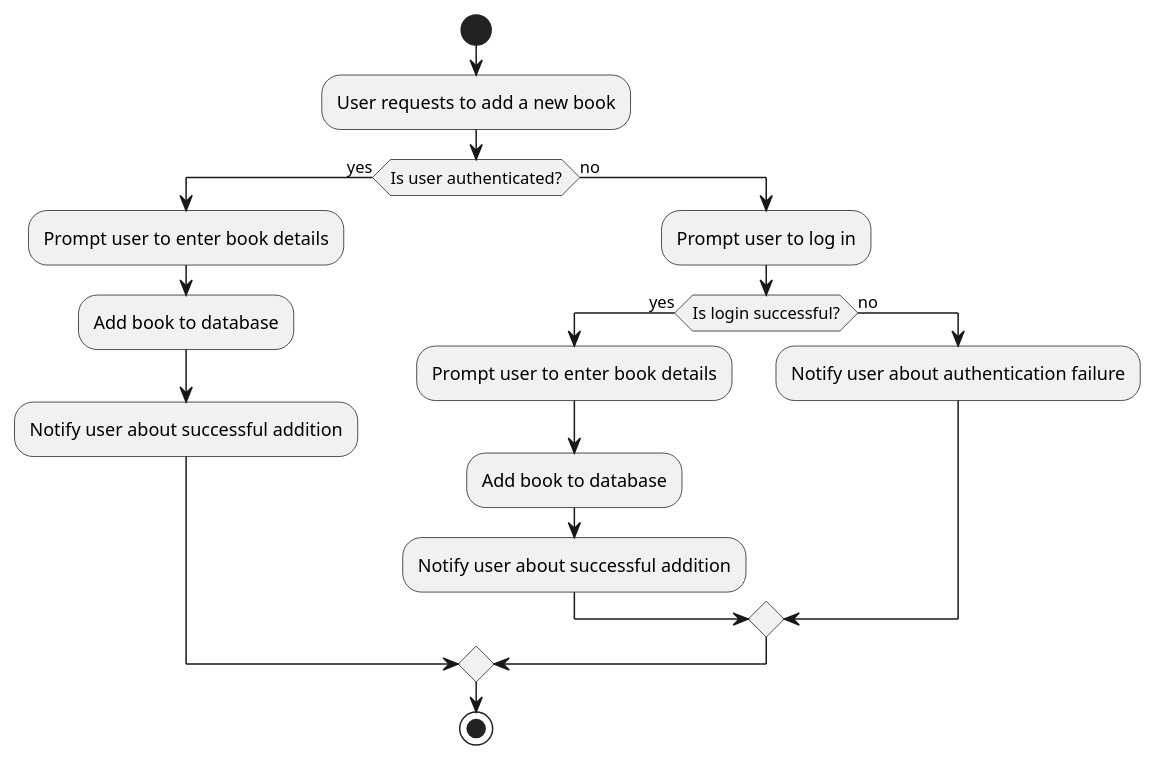
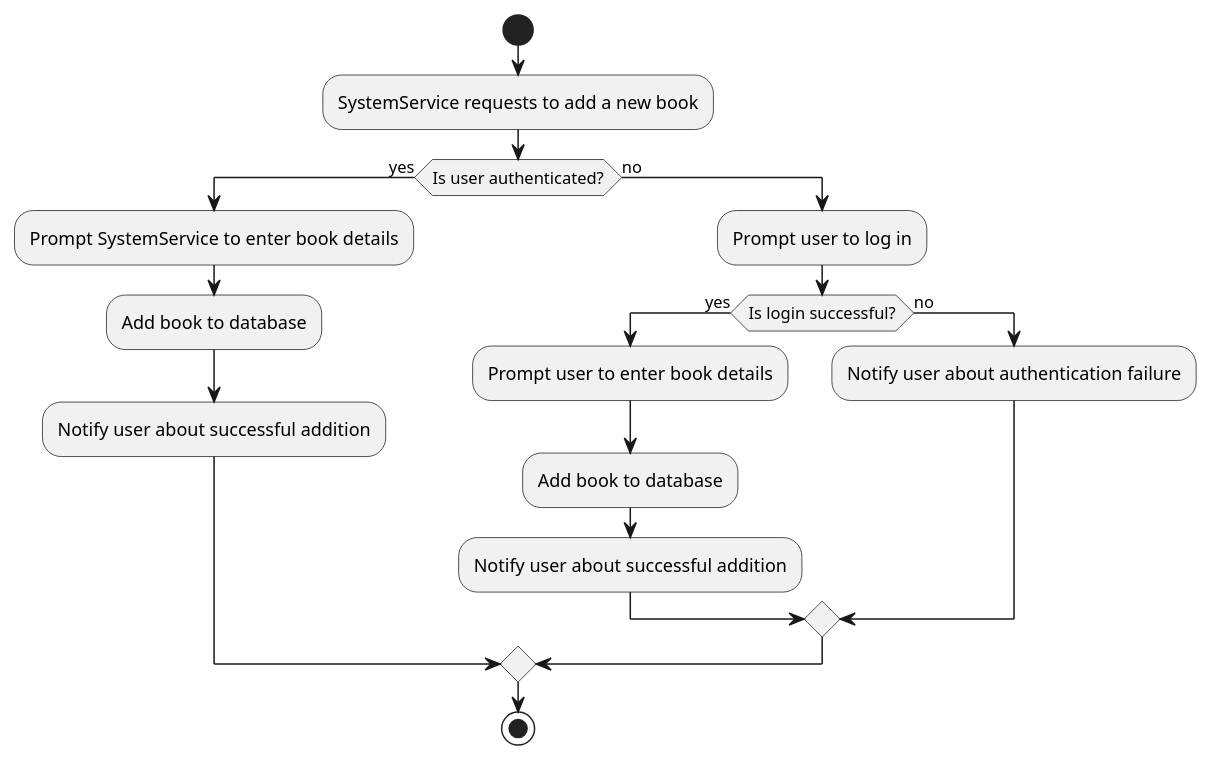
Before and after one commit to 9elmaz9/BibliotheekSysteem: the diagram in src/main/java/AnalysisLibrarySystem/FlowchartUserCases/LibraryService/Registration_FlowChart.puml, drawn with PlantUML. The commit also changed 11 other files, not shown here.

```diff
--- a/src/main/java/AnalysisLibrarySystem/FlowchartUserCases/LibraryService/Registration_FlowChart.puml
+++ b/src/main/java/AnalysisLibrarySystem/FlowchartUserCases/LibraryService/Registration_FlowChart.puml
@@ -1,19 +1,19 @@
 @startuml
 start
-:User requests to add a new book;
+:SystemService requests to add a new book;
 if (Is user authenticated?) then (yes)
-  :Prompt user to enter book details;
+  :Prompt SystemService to enter book details;
   :Add book to database;
   :Notify user about successful addition;
 else (no)
   :Prompt user to log in;
   if (Is login successful?) then (yes)
     :Prompt user to enter book details;
     :Add book to database;
     :Notify user about successful addition;
   else (no)
     :Notify user about authentication failure;
   endif
 endif
 stop
 @enduml
```
